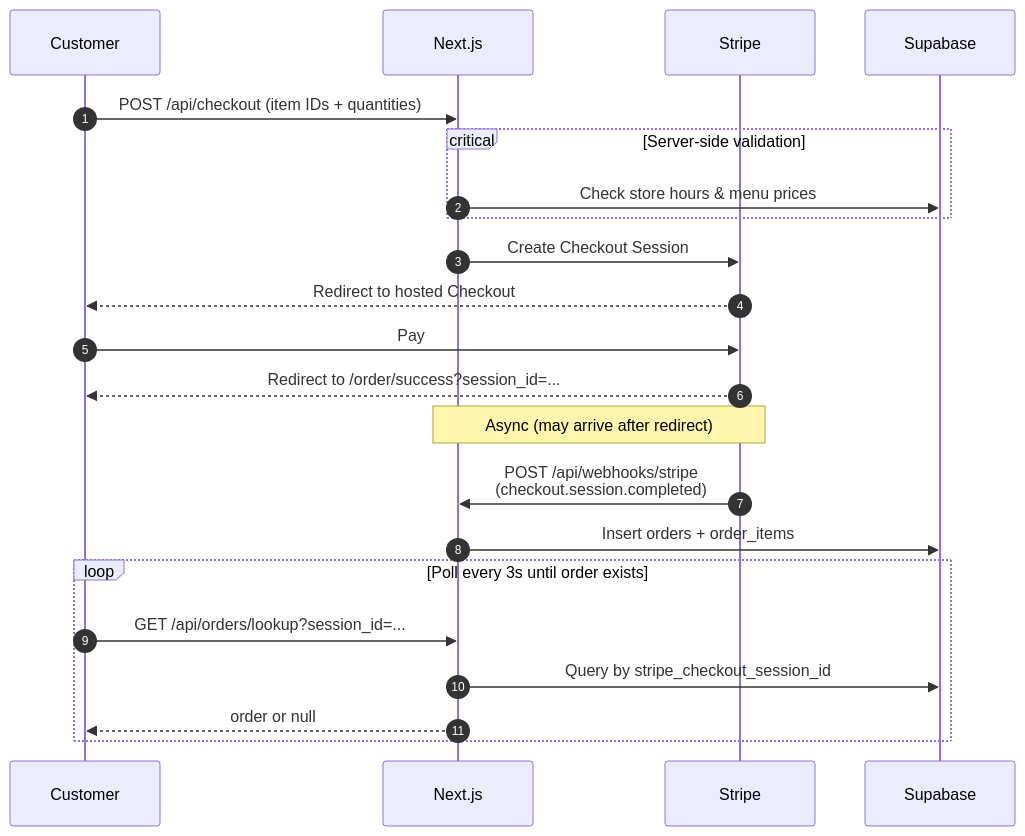
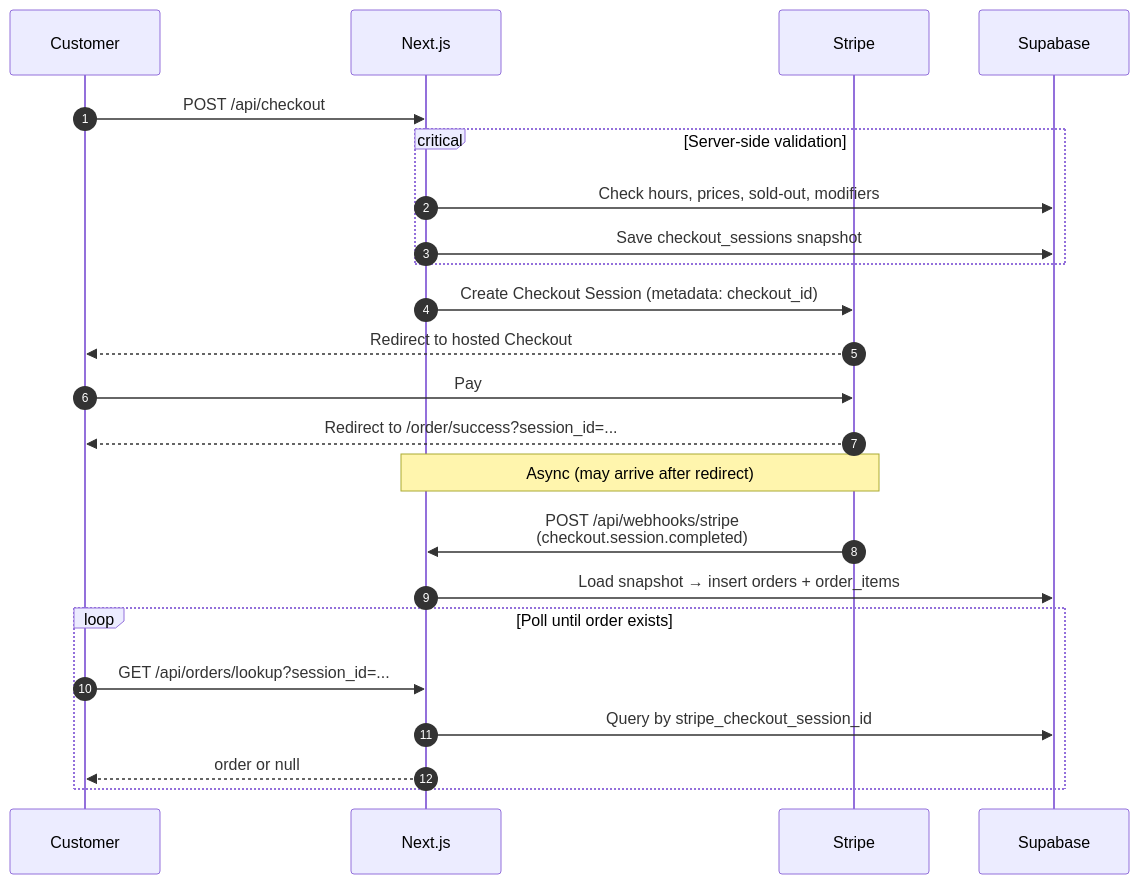
Before and after one commit to john-dlee/pickup-order-app: the diagram in README.md, drawn with Mermaid. The commit also changed other lines of this file, not shown here.

````diff
--- a/README.md
+++ b/README.md
@@ -13,28 +21,29 @@
 ```mermaid
 sequenceDiagram
-    autonumber
-    participant C as Customer
-    participant A as Next.js
-    participant S as Stripe
-    participant DB as Supabase
+  autonumber
+  participant C as Customer
+  participant A as Next.js
+  participant S as Stripe
+  participant DB as Supabase
 
-    C->>A: POST /api/checkout (item IDs + quantities)
-    critical Server-side validation
-        A->>DB: Check store hours & menu prices
-    end
-    A->>S: Create Checkout Session
-    S-->>C: Redirect to hosted Checkout
-    C->>S: Pay
+  C->>A: POST /api/checkout
+  critical Server-side validation
+    A->>DB: Check hours, prices, sold-out, modifiers
+    A->>DB: Save checkout_sessions snapshot
+  end
+  A->>S: Create Checkout Session (metadata: checkout_id)
+  S-->>C: Redirect to hosted Checkout
+  C->>S: Pay
 
-    S-->>C: Redirect to /order/success?session_id=...
+  S-->>C: Redirect to /order/success?session_id=...
 
-    note over S,A: Async (may arrive after redirect)
-    S->>A: POST /api/webhooks/stripe<br/>(checkout.session.completed)
-    A->>DB: Insert orders + order_items
+  note over S,A: Async (may arrive after redirect)
+  S->>A: POST /api/webhooks/stripe<br/>(checkout.session.completed)
+  A->>DB: Load snapshot → insert orders + order_items
 
-    loop Poll every 3s until order exists
-        C->>A: GET /api/orders/lookup?session_id=...
-        A->>DB: Query by stripe_checkout_session_id
-        A-->>C: order or null
-    end
+  loop Poll until order exists
+    C->>A: GET /api/orders/lookup?session_id=...
+    A->>DB: Query by stripe_checkout_session_id
+    A-->>C: order or null
+  end
 ```
````
